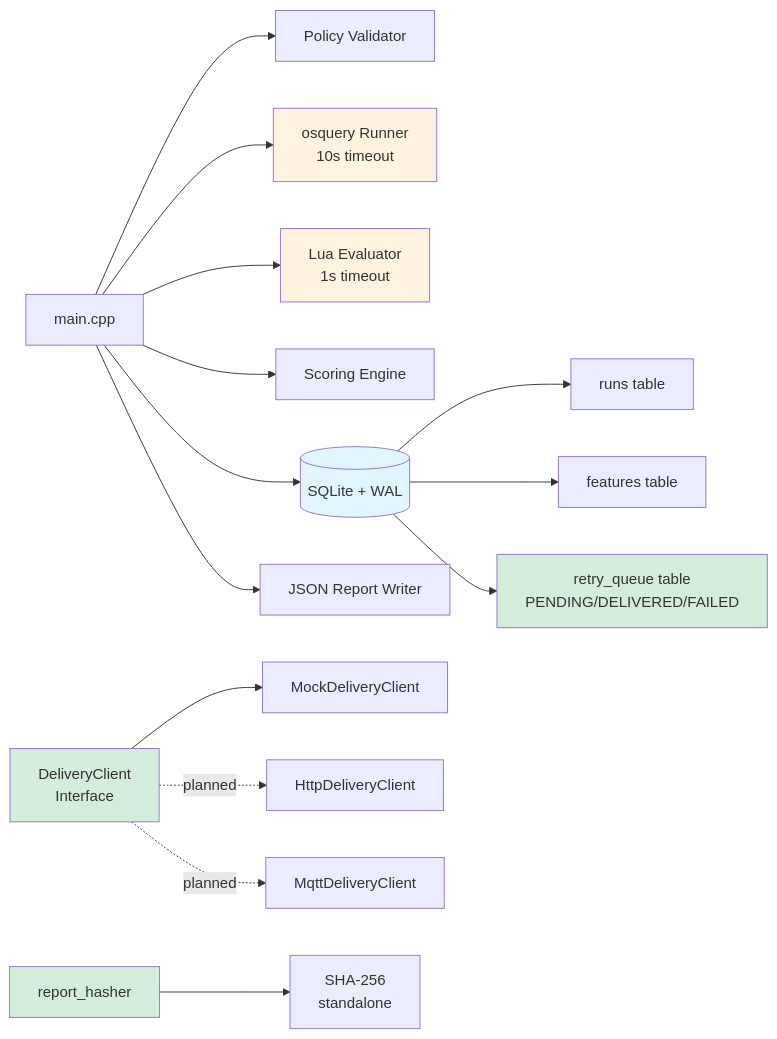
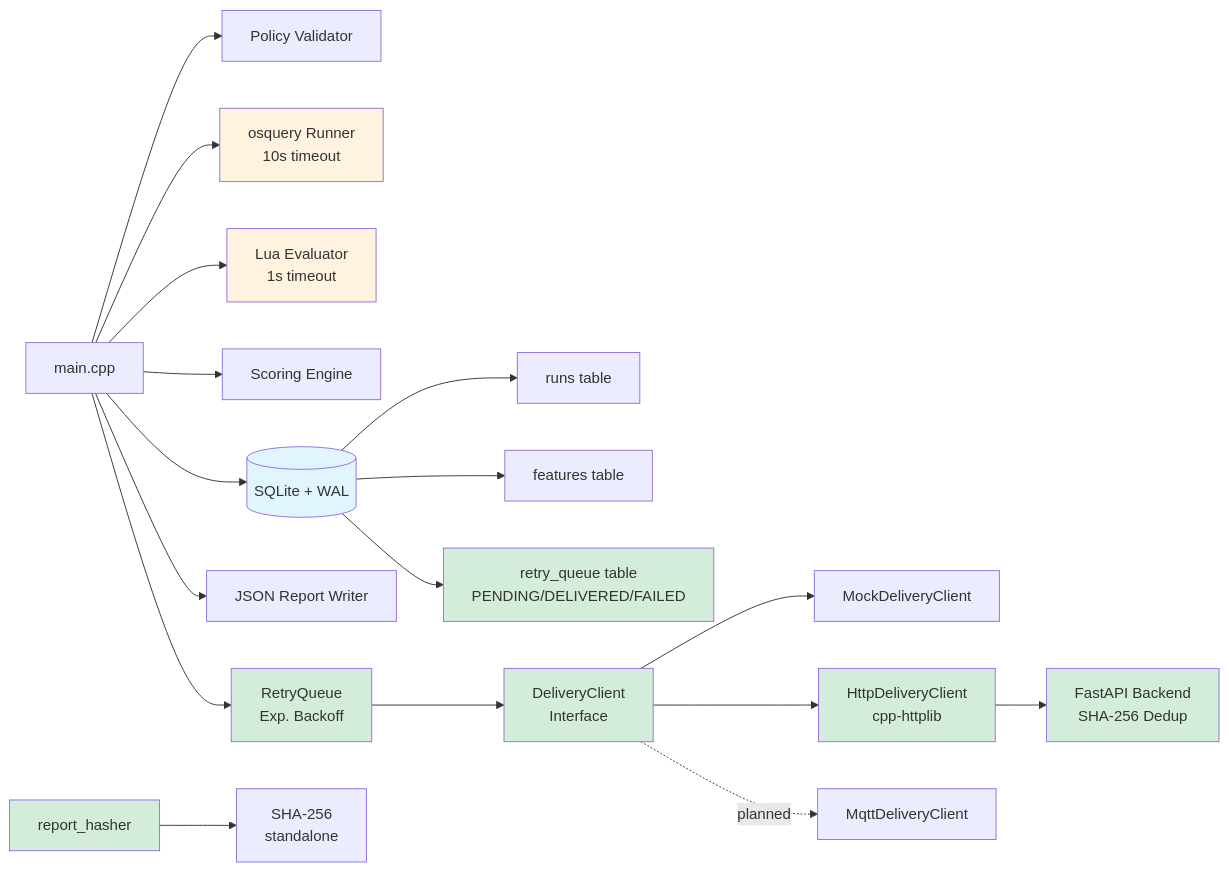
Before and after one commit to rohan2107/Sentinel: the diagram in README.md, drawn with Mermaid. The commit also changed other lines of this file and 9 other files, not shown here.

````diff
--- a/README.md
+++ b/README.md
@@ -279,26 +281,33 @@
 ```mermaid
 graph LR
     A[main.cpp] --> B[Policy Validator]
     A --> C[osquery Runner<br/>10s timeout]
     A --> D[Lua Evaluator<br/>1s timeout]
     A --> E[Scoring Engine]
     A --> F[(SQLite + WAL)]
     A --> I[JSON Report Writer]
+    A --> RQ[RetryQueue<br/>Exp. Backoff]
     
     F --> G[runs table]
     F --> H[features table]
     F --> J[retry_queue table<br/>PENDING/DELIVERED/FAILED]
     
-    K[DeliveryClient<br/>Interface] --> L[MockDeliveryClient]
-    K -.planned.-> M[HttpDeliveryClient]
+    RQ --> K[DeliveryClient<br/>Interface]
+    K --> L[MockDeliveryClient]
+    K --> M[HttpDeliveryClient<br/>cpp-httplib]
     K -.planned.-> N[MqttDeliveryClient]
+    
+    M --> BE[FastAPI Backend<br/>SHA-256 Dedup]
     
     O[report_hasher] --> P[SHA-256<br/>standalone]
     
     style F fill:#e1f5ff
     style C fill:#fff3e0
     style D fill:#fff3e0
     style J fill:#d4edda
     style K fill:#d4edda
     style O fill:#d4edda
+    style RQ fill:#d4edda
+    style M fill:#d4edda
+    style BE fill:#d4edda
 ```
````
